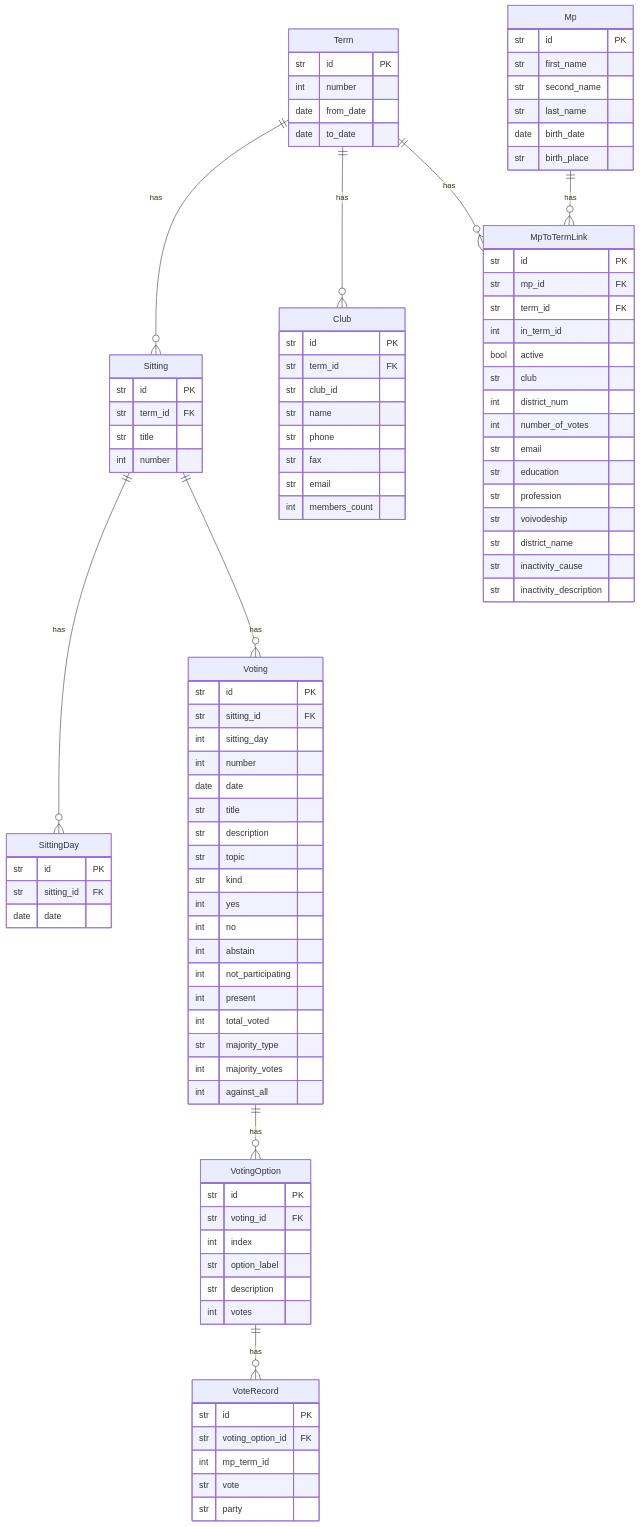
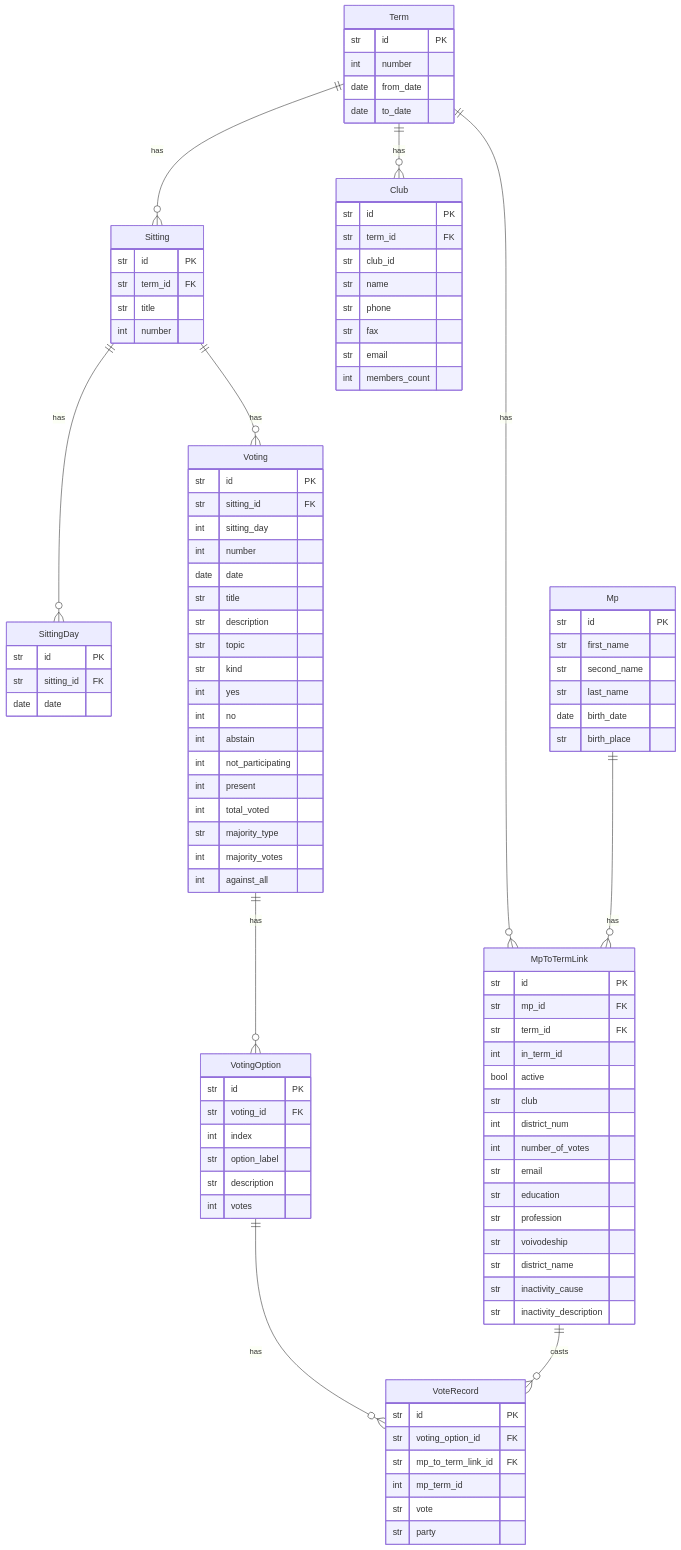
The diagram in README.md (LuxF3rre/sejm_scraper), drawn with Mermaid before and after one commit. The commit also changed other lines of this file and 12 other files, not shown here.

````diff
--- a/README.md
+++ b/README.md
@@ -122,6 +122,7 @@
     VoteRecord {
         str id PK
         str voting_option_id FK
+        str mp_to_term_link_id FK
         int mp_term_id
         str vote
         str party
@@ -173,4 +174,5 @@
     Voting ||--o{ VotingOption : "has"
     VotingOption ||--o{ VoteRecord : "has"
     Mp ||--o{ MpToTermLink : "has"
+    MpToTermLink ||--o{ VoteRecord : "casts"
 ```
````
